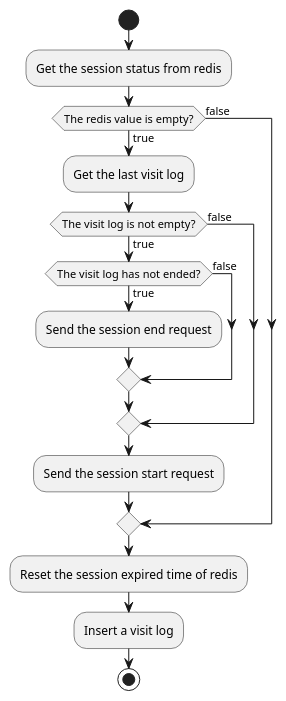
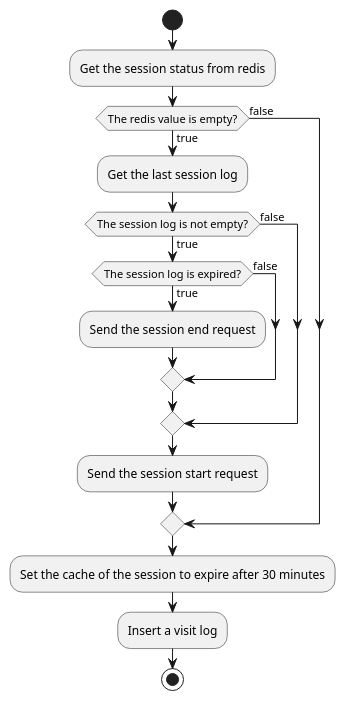
Before and after one commit to Jayounger/EyeMed-Sequence-Diagram: the diagram in Session start.puml, drawn with PlantUML. The commit also changed 6 other files, not shown here.

```diff
--- a/Session start.puml
+++ b/Session start.puml
@@ -1,22 +1,22 @@
 @startuml
 'https://plantuml.com/activity-diagram-beta
 
 start
 :Get the session status from redis;
 if (The redis value is empty?) then (true)
-  :Get the last visit log;
-  if (The visit log is not empty?) then (true)
+  :Get the last session log;
+  if (The session log is not empty?) then (true)
 
-      if (The visit log has not ended?) then (true)
+      if (The session log is expired?) then (true)
           :Send the session end request;
       else (false)
       endif
   else (false)
   endif
       :Send the session start request;
 else (false)
 endif
-:Reset the session expired time of redis;
+:Set the cache of the session to expire after 30 minutes;
 :Insert a visit log;
 stop
 @enduml
```
